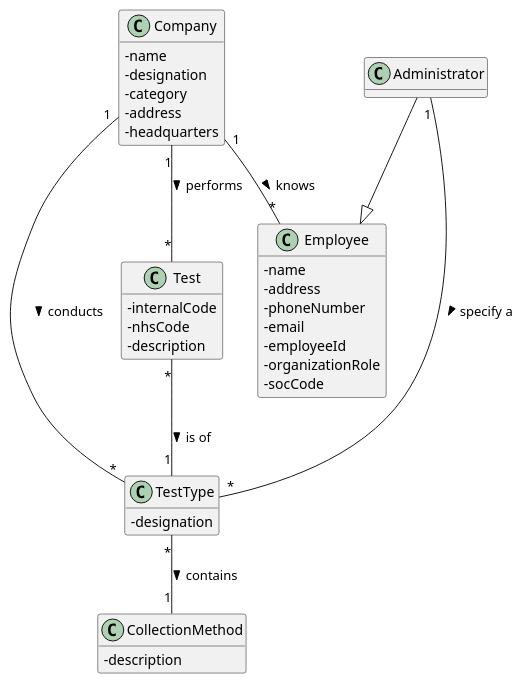
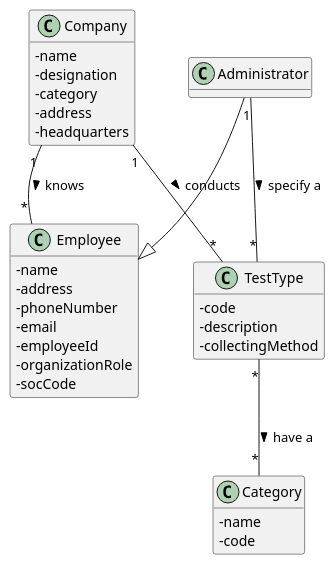
The diagram in docs/SprintB/US09/US09_DM.puml (manu-07-ela/LAPR2_ISEP), drawn with PlantUML before and after one commit. The commit also changed 1 other file, not shown here.

```diff
--- a/docs/SprintB/US09/US09_DM.puml
+++ b/docs/SprintB/US09/US09_DM.puml
@@ -1,51 +1,46 @@
 @startuml
 hide methods
 'left to right direction
 skinparam classAttributeIconSize 0
 
 class Company{
 -name
 -designation
 -category
 -address
 -headquarters
 }
 
 class Employee{
 -name
 -address
 -phoneNumber
 -email
 -employeeId
 -organizationRole
 -socCode
 }
 
 class Administrator{
 }
 
-class Test{
--internalCode
--nhsCode
+class TestType{
+-code
 -description
+-collectingMethod
 }
 
-class TestType{
--designation
-}
 
-class CollectionMethod{
--description
+class Category{
+-name
+-code
 }
 
 
 Company "1"--"*" Employee : knows >
 Company "1"--"*" TestType : conducts >
-Company "1"--"*" Test: performs >
 Administrator --|> Employee
 Administrator "1"--"*" TestType : specify a >
-Test "*"--"1" TestType: is of >
-TestType "*"--"1" CollectionMethod : contains >
-
+TestType "*"--"*" Category : have a >
 
 @enduml
```
